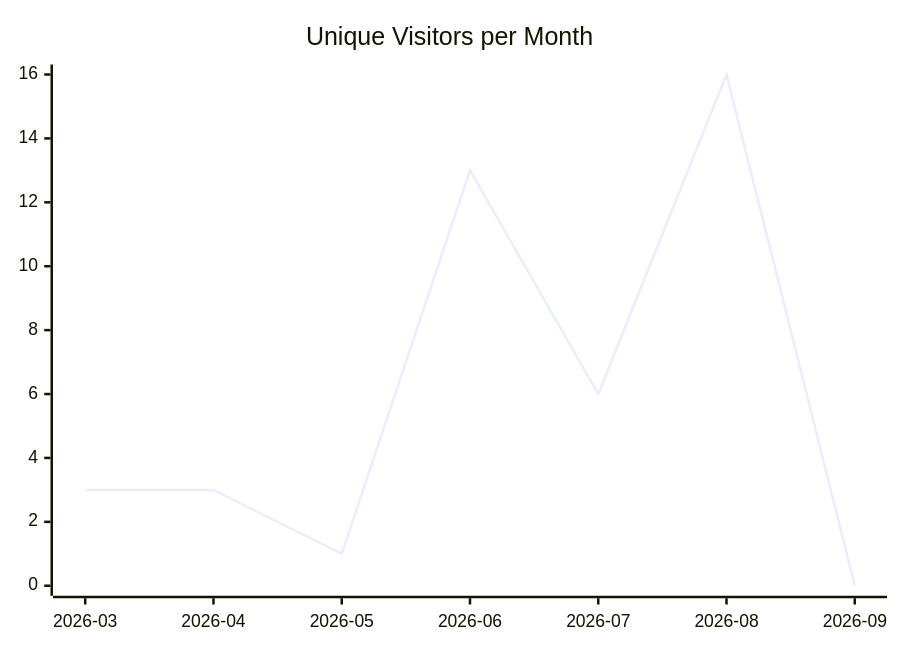
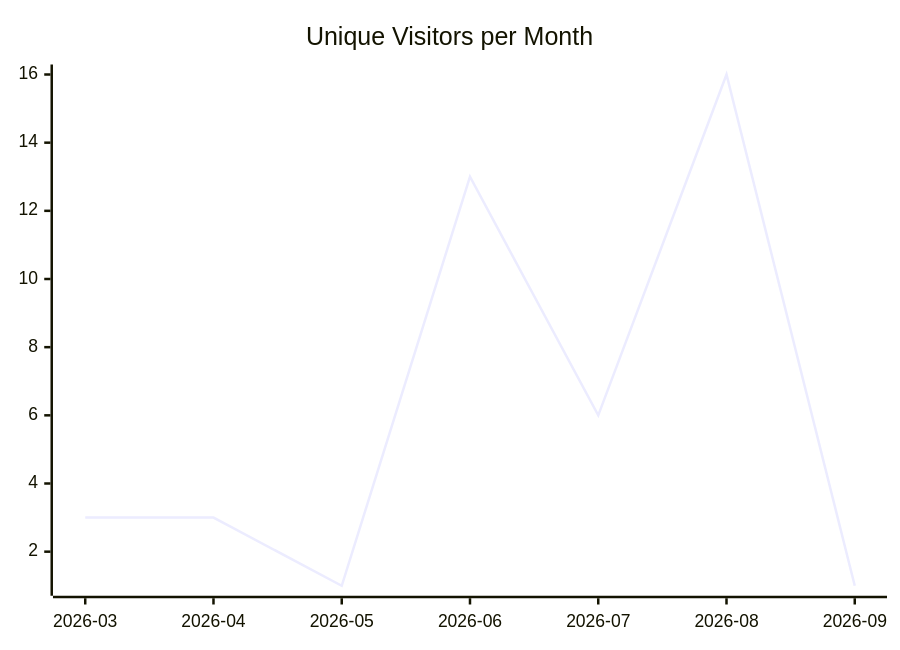
One commit to justdavis-family/github-analytics-data changed the first of 3 diagrams in karlmdavis/rps-tourney/README.md. Above: the diagram before and after it, drawn with Mermaid. The commit also changed other lines of this file and 191 other files, not shown here.

````diff
--- a/karlmdavis/rps-tourney/README.md
+++ b/karlmdavis/rps-tourney/README.md
@@ -5,6 +5,6 @@
 ```mermaid
 xychart-beta
   title "Unique Visitors per Month"
   x-axis ["2026-03", "2026-04", "2026-05", "2026-06", "2026-07", "2026-08", "2026-09"]
-  line [3, 3, 1, 13, 6, 16, 0]
+  line [3, 3, 1, 13, 6, 16, 1]
 ```
````
